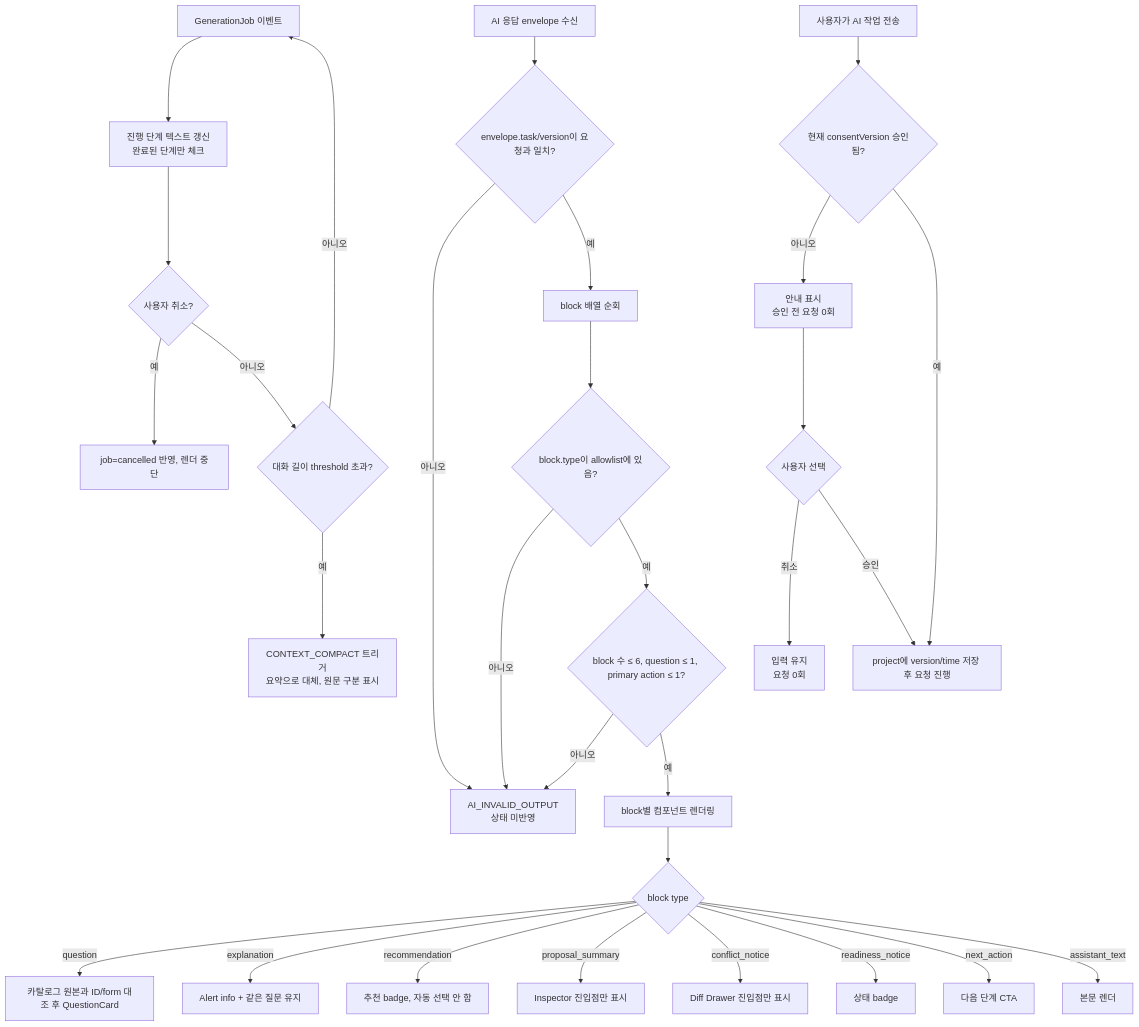
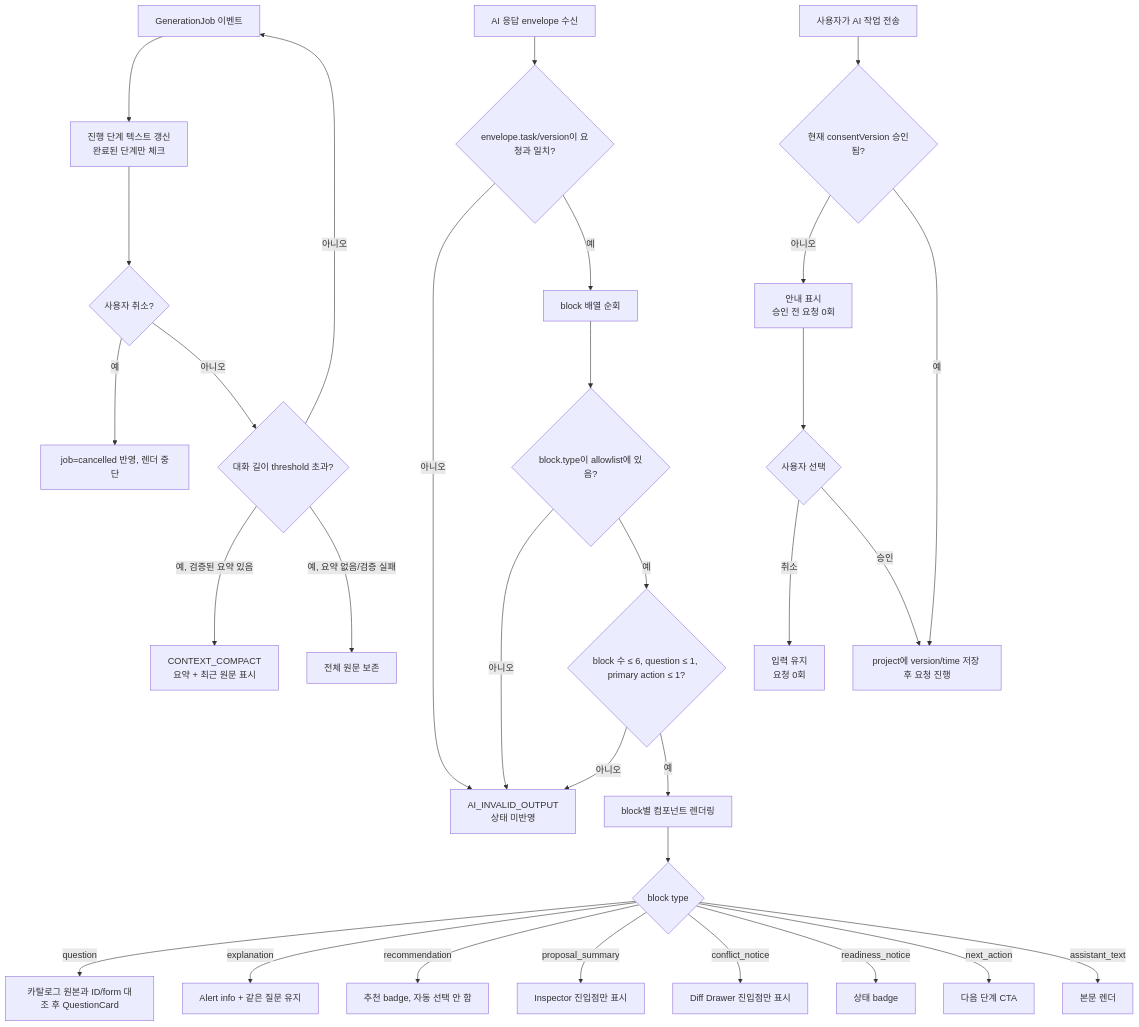
The diagram in docs/tasks/CON-PR-03/plan.md (donghyunlee-dev/ai-agent-blueprint), drawn with Mermaid before and after one commit. The commit also changed other lines of this file and 24 other files, not shown here.

````diff
--- a/docs/tasks/CON-PR-03/plan.md
+++ b/docs/tasks/CON-PR-03/plan.md
@@ -69,34 +73,35 @@
 ```mermaid
 flowchart TD
     A[AI 응답 envelope 수신] --> B{envelope.task/version이 요청과 일치?}
     B -- 아니오 --> C[AI_INVALID_OUTPUT<br/>상태 미반영]
     B -- 예 --> D[block 배열 순회]
     D --> E{block.type이 allowlist에 있음?}
     E -- 아니오 --> C
     E -- 예 --> F{block 수 ≤ 6, question ≤ 1, primary action ≤ 1?}
     F -- 아니오 --> C
     F -- 예 --> G[block별 컴포넌트 렌더링]
     G --> H{block type}
     H -- question --> I[카탈로그 원본과 ID/form 대조 후 QuestionCard]
     H -- explanation --> J[Alert info + 같은 질문 유지]
     H -- recommendation --> K[추천 badge, 자동 선택 안 함]
     H -- proposal_summary --> L[Inspector 진입점만 표시]
     H -- conflict_notice --> M[Diff Drawer 진입점만 표시]
     H -- readiness_notice --> N[상태 badge]
     H -- next_action --> O[다음 단계 CTA]
     H -- assistant_text --> P[본문 렌더]
 
     Q[GenerationJob 이벤트] --> R[진행 단계 텍스트 갱신<br/>완료된 단계만 체크]
     R --> S{사용자 취소?}
     S -- 예 --> T[job=cancelled 반영, 렌더 중단]
     S -- 아니오 --> U{대화 길이 threshold 초과?}
-    U -- 예 --> V[CONTEXT_COMPACT 트리거<br/>요약으로 대체, 원문 구분 표시]
+    U -- 예, 검증된 요약 있음 --> V[CONTEXT_COMPACT<br/>요약 + 최근 원문 표시]
+    U -- 예, 요약 없음/검증 실패 --> V2[전체 원문 보존]
     U -- 아니오 --> Q
 
     W[사용자가 AI 작업 전송] --> X{현재 consentVersion 승인됨?}
     X -- 아니오 --> Y[안내 표시<br/>승인 전 요청 0회]
     Y --> Z{사용자 선택}
     Z -- 취소 --> AA[입력 유지<br/>요청 0회]
     Z -- 승인 --> AB[project에 version/time 저장 후 요청 진행]
     X -- 예 --> AB
 ```
````
